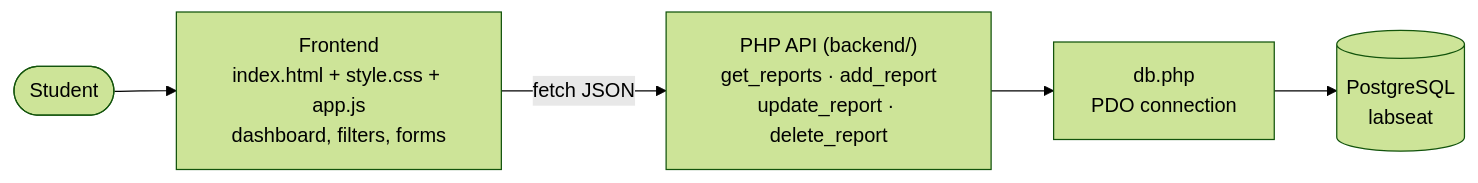
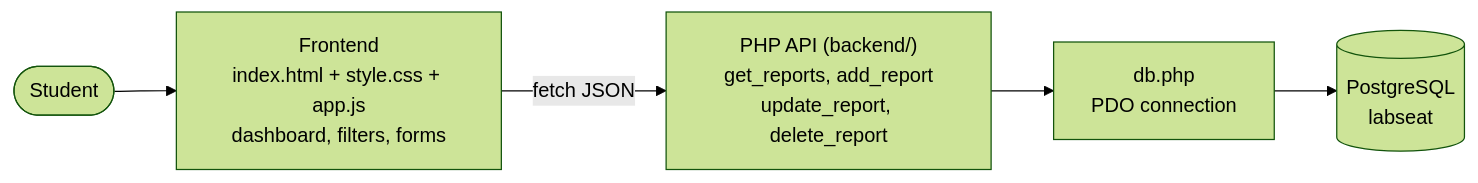
The first of 2 diagrams in README.md (manaswichowdary/LabSeat), drawn with Mermaid (forest theme) before and after one commit.

Commit message:
Tidy architecture diagram labels

````diff
--- a/README.md
+++ b/README.md
@@ -36,7 +36,7 @@
 ```mermaid
 flowchart LR
     U([Student]) --> FE["Frontend<br/>index.html + style.css + app.js<br/>dashboard, filters, forms"]
-    FE -- "fetch JSON" --> API["PHP API (backend/)<br/>get_reports · add_report<br/>update_report · delete_report"]
+    FE -- "fetch JSON" --> API["PHP API (backend/)<br/>get_reports, add_report<br/>update_report, delete_report"]
     API --> DB["db.php<br/>PDO connection"]
     DB --> PG[("PostgreSQL<br/>labseat")]
 ```
````
